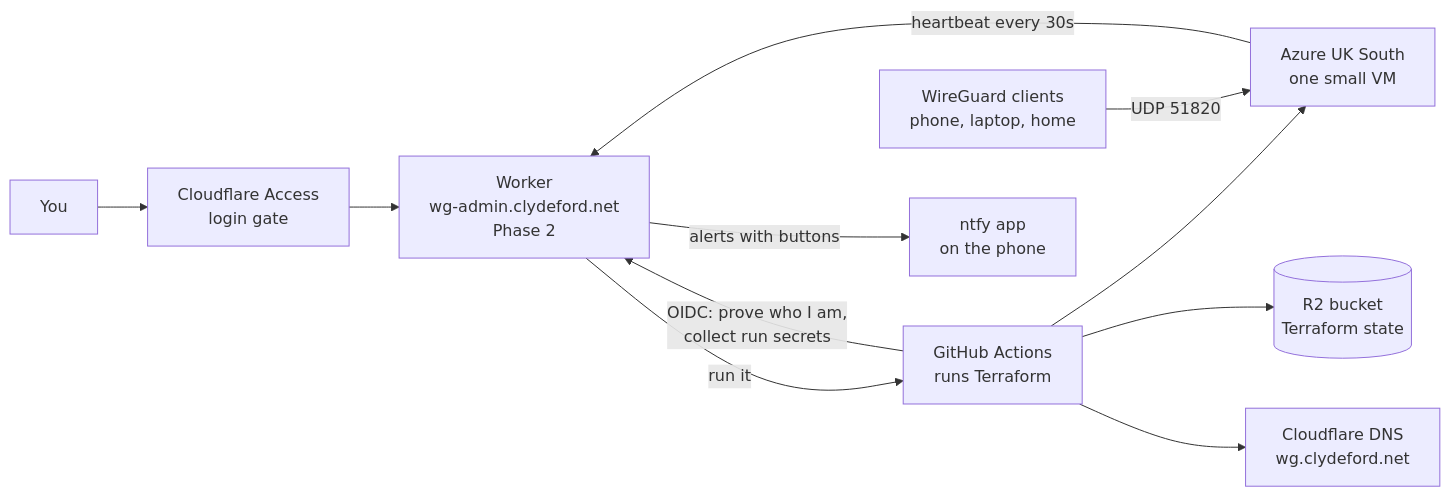
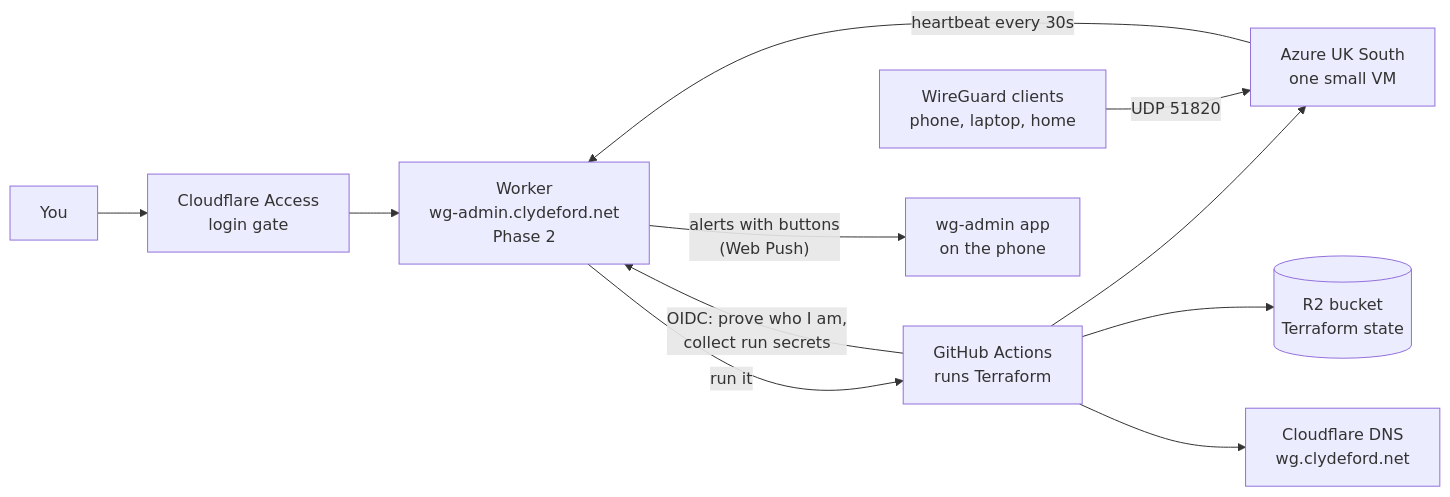
Before and after one commit to sjohnston1972/wireguard: the diagram in README.md, drawn with Mermaid. The commit also changed other lines of this file and 15 other files, not shown here.

First line of the commit message:
Phone alerts via Web Push to the installed app (ntfy.sh refuses free senders on shared IPs)

````diff
--- a/README.md
+++ b/README.md
@@ -20,13 +20,13 @@
 ```mermaid
 flowchart LR
   U[You] --> CA[Cloudflare Access<br/>login gate]
   CA --> W[Worker<br/>wg-admin.clydeford.net<br/>Phase 2]
   W -->|"run it"| GH[GitHub Actions<br/>runs Terraform]
   GH --> AZ[Azure UK South<br/>one small VM]
   GH --> R2[(R2 bucket<br/>Terraform state)]
   GH --> DNS[Cloudflare DNS<br/>wg.clydeford.net]
   AZ -->|heartbeat every 30s| W
   C[WireGuard clients<br/>phone, laptop, home] -->|UDP 51820| AZ
-  W -->|alerts with buttons| N[ntfy app<br/>on the phone]
+  W -->|"alerts with buttons<br/>(Web Push)"| N[wg-admin app<br/>on the phone]
   GH -->|"OIDC: prove who I am,<br/>collect run secrets"| W
 ```
````
